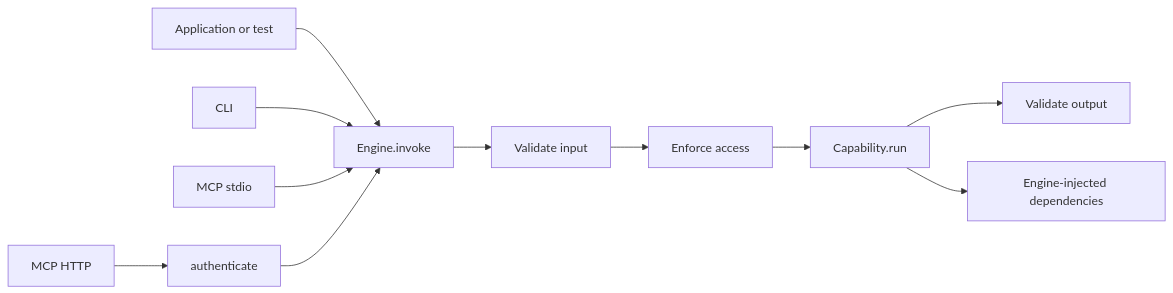
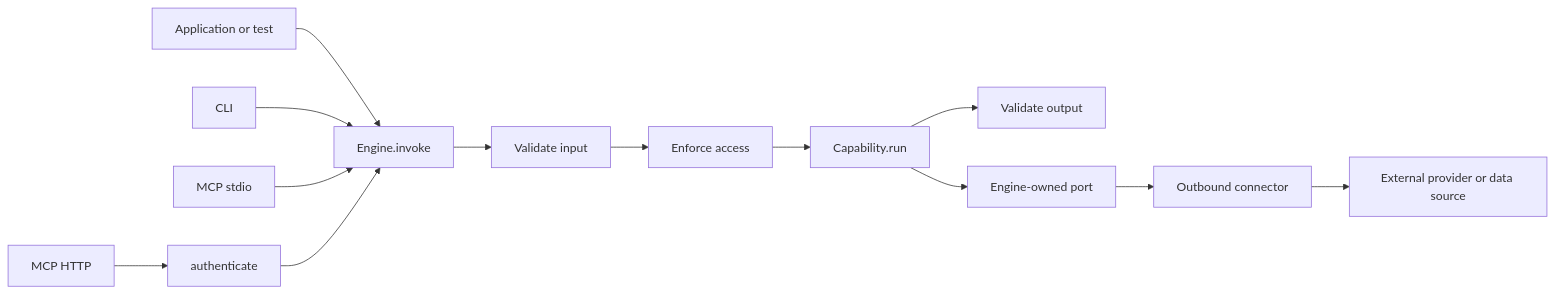
The diagram in docs/architecture.md (vinilana/invokta), drawn with Mermaid before and after one commit. The commit also changed other lines of this file and 27 other files, not shown here.

Commit message:
feat: define engine-owned outbound connectors

````diff
--- a/docs/architecture.md
+++ b/docs/architecture.md
@@ -5,13 +5,15 @@
 ```mermaid
 flowchart LR
   APP[Application or test] --> INVOKE[Engine.invoke]
   CLI[CLI] --> INVOKE
   STDIO[MCP stdio] --> INVOKE
   HTTP[MCP HTTP] --> AUTHN[authenticate]
   AUTHN --> INVOKE
   INVOKE --> VALIDATE[Validate input]
   VALIDATE --> ACCESS[Enforce access]
   ACCESS --> CAP[Capability.run]
   CAP --> OUTPUT[Validate output]
-  CAP --> DEPS[Engine-injected dependencies]
+  CAP --> PORT[Engine-owned port]
+  PORT --> CONNECTOR[Outbound connector]
+  CONNECTOR --> PROVIDER[External provider or data source]
 ```
````
